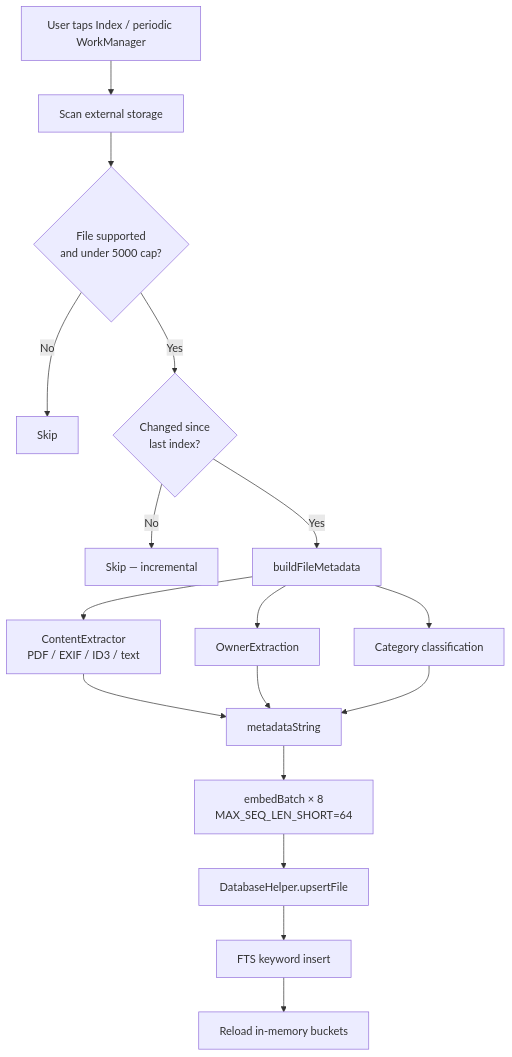
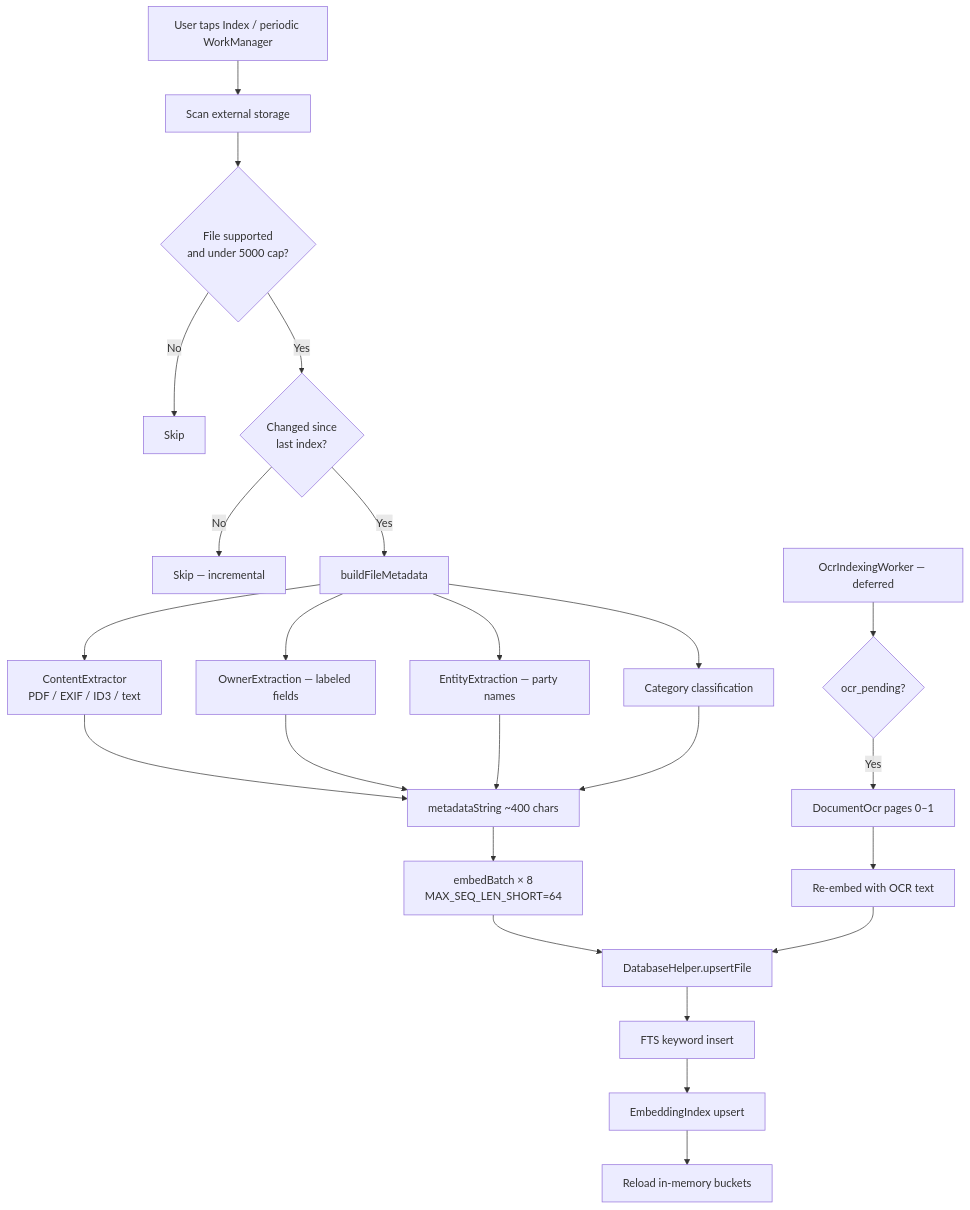
The fourth of 4 diagrams in README.md (MudithDShetty/RU-by-Strider), drawn with Mermaid before and after one commit. The commit also changed other lines of this file and 56 other files, not shown here.

````diff
--- a/README.md
+++ b/README.md
@@ -266,19 +566,27 @@
 ```mermaid
 flowchart TD
     A[User taps Index / periodic WorkManager] --> B[Scan external storage]
     B --> C{File supported<br/>and under 5000 cap?}
     C -->|No| SKIP[Skip]
     C -->|Yes| D{Changed since<br/>last index?}
     D -->|No| SKIP2[Skip — incremental]
     D -->|Yes| E[buildFileMetadata]
     E --> F[ContentExtractor<br/>PDF / EXIF / ID3 / text]
-    E --> G[OwnerExtraction]
-    E --> H[Category classification]
-    F --> I[metadataString]
-    G --> I
-    H --> I
-    I --> J[embedBatch × 8<br/>MAX_SEQ_LEN_SHORT=64]
-    J --> K[DatabaseHelper.upsertFile]
-    K --> L[FTS keyword insert]
-    L --> M[Reload in-memory buckets]
+    E --> G[OwnerExtraction — labeled fields]
+    E --> H[EntityExtraction — party names]
+    E --> I[Category classification]
+    F --> J[metadataString ~400 chars]
+    G --> J
+    H --> J
+    I --> J
+    J --> K[embedBatch × 8<br/>MAX_SEQ_LEN_SHORT=64]
+    K --> L[DatabaseHelper.upsertFile]
+    L --> M[FTS keyword insert]
+    M --> N[EmbeddingIndex upsert]
+    N --> O[Reload in-memory buckets]
+
+    P[OcrIndexingWorker — deferred] --> Q{ocr_pending?}
+    Q -->|Yes| R[DocumentOcr pages 0–1]
+    R --> S[Re-embed with OCR text]
+    S --> L
 ```
````
